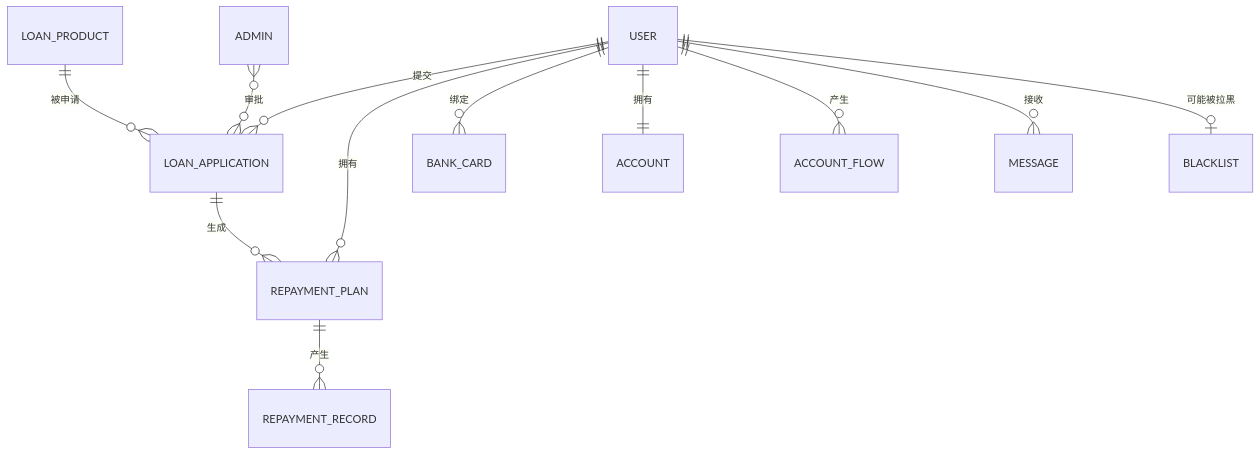
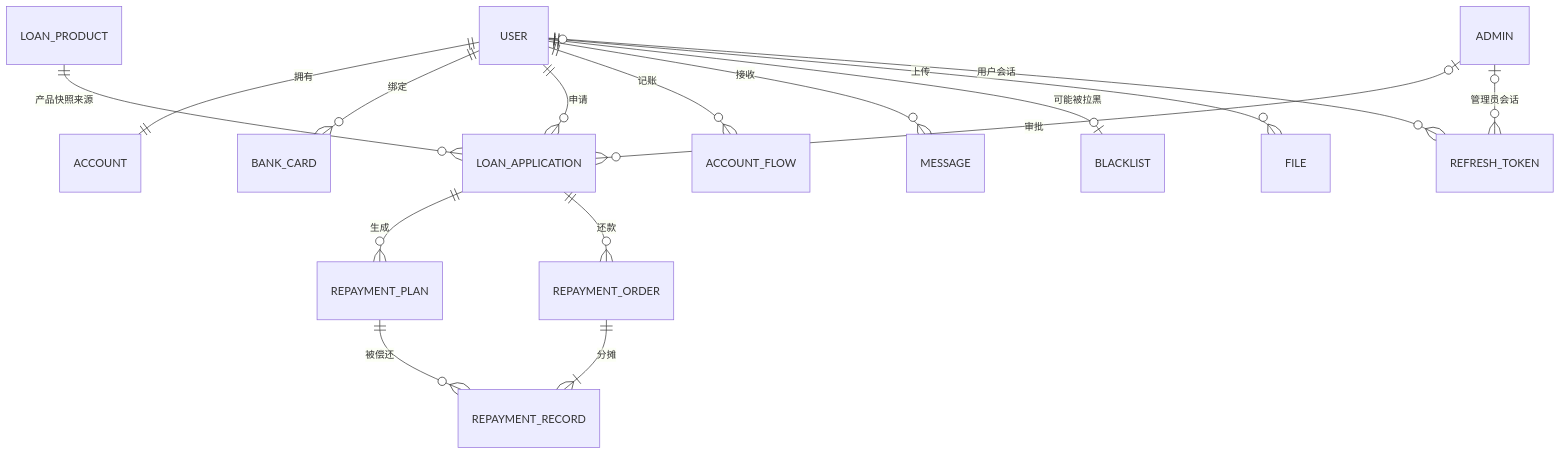
The diagram in docs/03-数据库设计.md (suwa-ko/FinLend), drawn with Mermaid before and after one commit. The commit also changed other lines of this file and 7 other files, not shown here.

````diff
--- a/docs/03-数据库设计.md
+++ b/docs/03-数据库设计.md
@@ -14,14 +19,18 @@
 ```mermaid
 erDiagram
-    USER ||--o{ LOAN_APPLICATION : "提交"
-    LOAN_PRODUCT ||--o{ LOAN_APPLICATION : "被申请"
+    USER ||--|| ACCOUNT : "拥有"
+    USER ||--o{ BANK_CARD : "绑定"
+    USER ||--o{ LOAN_APPLICATION : "申请"
+    LOAN_PRODUCT ||--o{ LOAN_APPLICATION : "产品快照来源"
+    ADMIN |o--o{ LOAN_APPLICATION : "审批"
     LOAN_APPLICATION ||--o{ REPAYMENT_PLAN : "生成"
-    REPAYMENT_PLAN ||--o{ REPAYMENT_RECORD : "产生"
-    USER ||--o{ REPAYMENT_PLAN : "拥有"
-    USER ||--o{ BANK_CARD : "绑定"
-    USER ||--|| ACCOUNT : "拥有"
-    USER ||--o{ ACCOUNT_FLOW : "产生"
+    LOAN_APPLICATION ||--o{ REPAYMENT_ORDER : "还款"
+    REPAYMENT_ORDER ||--|{ REPAYMENT_RECORD : "分摊"
+    REPAYMENT_PLAN ||--o{ REPAYMENT_RECORD : "被偿还"
+    USER ||--o{ ACCOUNT_FLOW : "记账"
     USER ||--o{ MESSAGE : "接收"
     USER ||--o| BLACKLIST : "可能被拉黑"
-    ADMIN }o--o{ LOAN_APPLICATION : "审批"
+    USER ||--o{ FILE : "上传"
+    USER |o--o{ REFRESH_TOKEN : "用户会话"
+    ADMIN |o--o{ REFRESH_TOKEN : "管理员会话"
 ```
````
